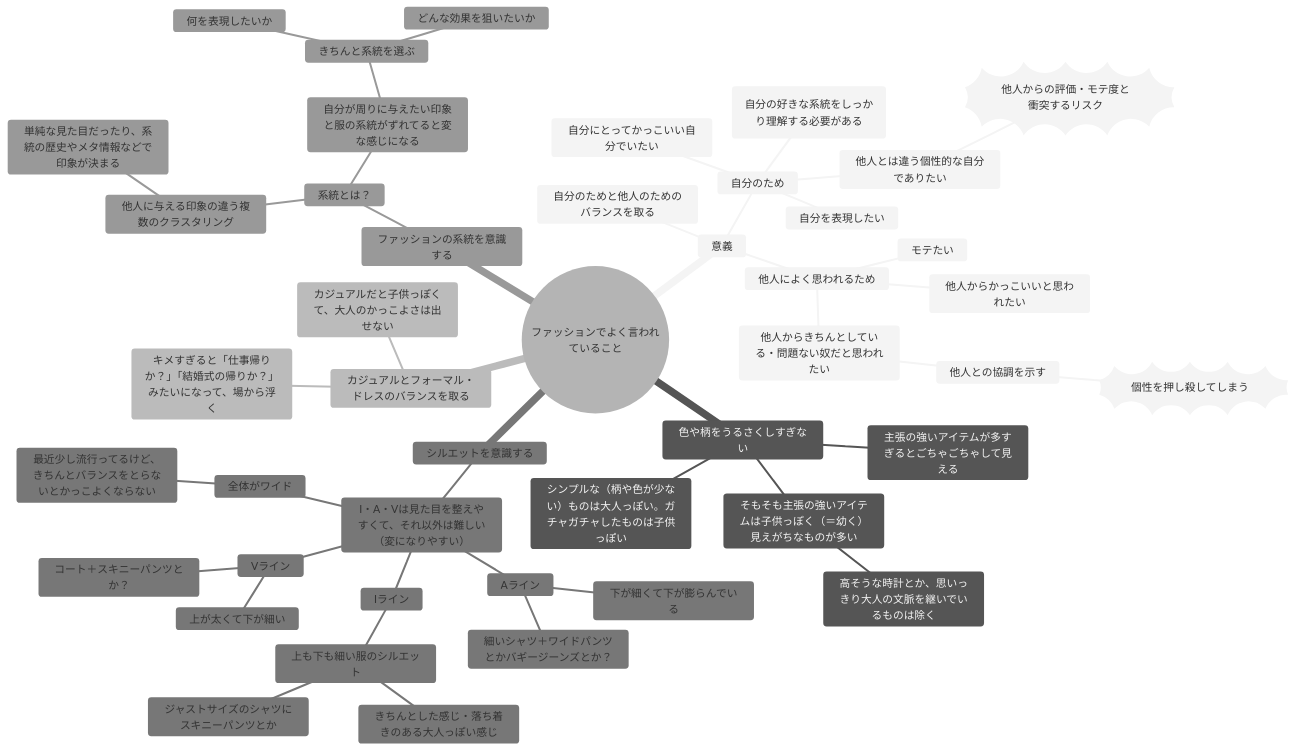
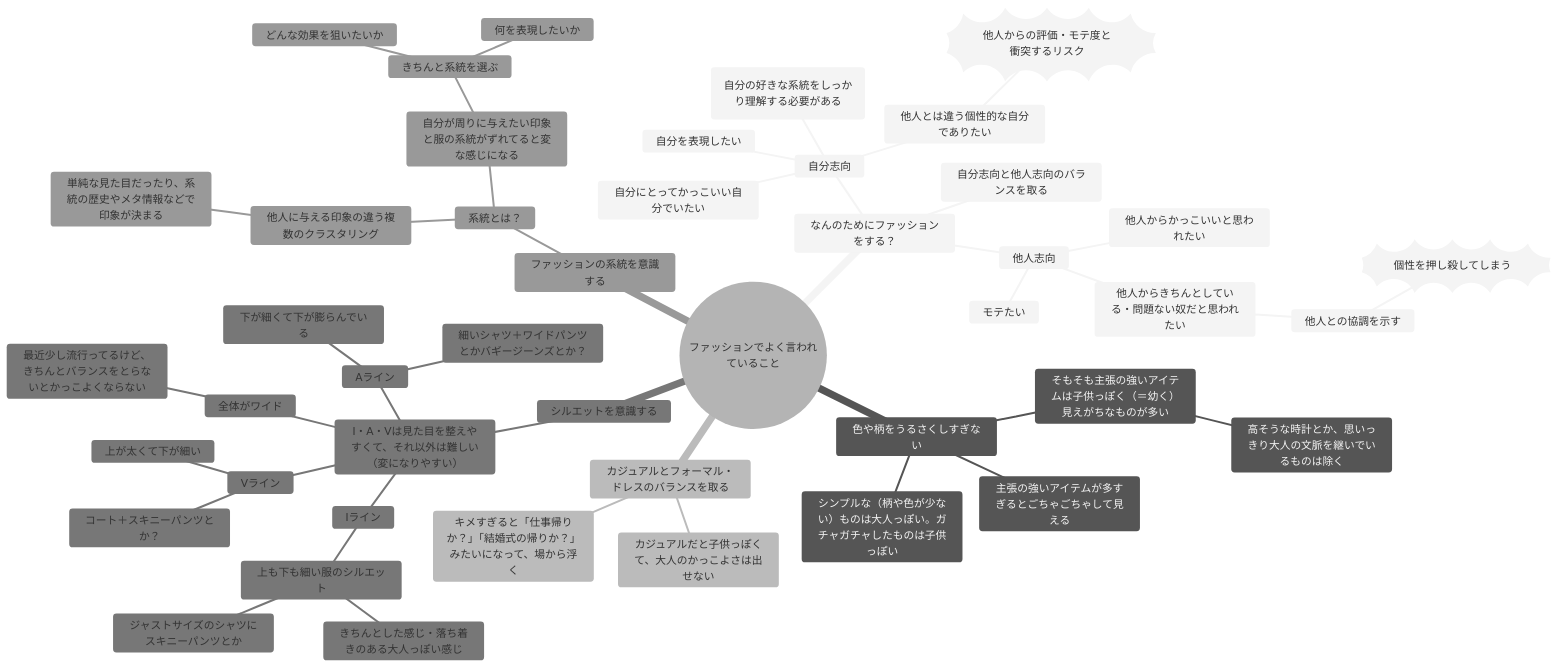
One commit to yuchiki/mens_fashion_advice changed the second of 4 diagrams in README.md. Above: the diagram before and after it, drawn with Mermaid (neutral theme).

Commit message:
目的を加筆

````diff
--- a/README.md
+++ b/README.md
@@ -49,47 +49,47 @@
 ```mermaid
     mindmap((ファッションでよく言われていること))
-        意義
-            自分のため
+        なんのためにファッションをする？
+            自分志向
                 自分を表現したい
                 自分にとってかっこいい自分でいたい
                 他人とは違う個性的な自分でありたい
                     ))他人からの評価・モテ度と衝突するリスク((
                 (自分の好きな系統をしっかり理解する必要がある)
-            他人によく思われるため
+            他人志向
                 モテたい
                 他人からかっこいいと思われたい
                 他人からきちんとしている・問題ない奴だと思われたい
                     他人との協調を示す
                         ))個性を押し殺してしまう((
-            自分のためと他人のためのバランスを取る
+            自分志向と他人志向のバランスを取る
         色や柄をうるさくしすぎない
             主張の強いアイテムが多すぎるとごちゃごちゃして見える
             そもそも主張の強いアイテムは子供っぽく（＝幼く）見えがちなものが多い
                 高そうな時計とか、思いっきり大人の文脈を継いでいるものは除く
             シンプルな（柄や色が少ない）ものは大人っぽい。ガチャガチャしたものは子供っぽい
         カジュアルとフォーマル・ドレスのバランスを取る
             カジュアルだと子供っぽくて、大人のかっこよさは出せない
             キメすぎると「仕事帰りか？」「結婚式の帰りか？」みたいになって、場から浮く
         シルエットを意識する
             I・A・Vは見た目を整えやすくて、それ以外は難しい（変になりやすい）
                 Iライン
                     上も下も細い服のシルエット
                         きちんとした感じ・落ち着きのある大人っぽい感じ
                         ジャストサイズのシャツにスキニーパンツとか
                 Aライン
                     下が細くて下が膨らんでいる
                     細いシャツ＋ワイドパンツとかバギージーンズとか？
                 Vライン
                     上が太くて下が細い
                     コート＋スキニーパンツとか？
                 全体がワイド
                     最近少し流行ってるけど、きちんとバランスをとらないとかっこよくならない
         ファッションの系統を意識する
             系統とは？
                 他人に与える印象の違う複数のクラスタリング
                     単純な見た目だったり、系統の歴史やメタ情報などで印象が決まる
                 自分が周りに与えたい印象と服の系統がずれてると変な感じになる
                     きちんと系統を選ぶ
                         何を表現したいか
                         どんな効果を狙いたいか
 ```
````
